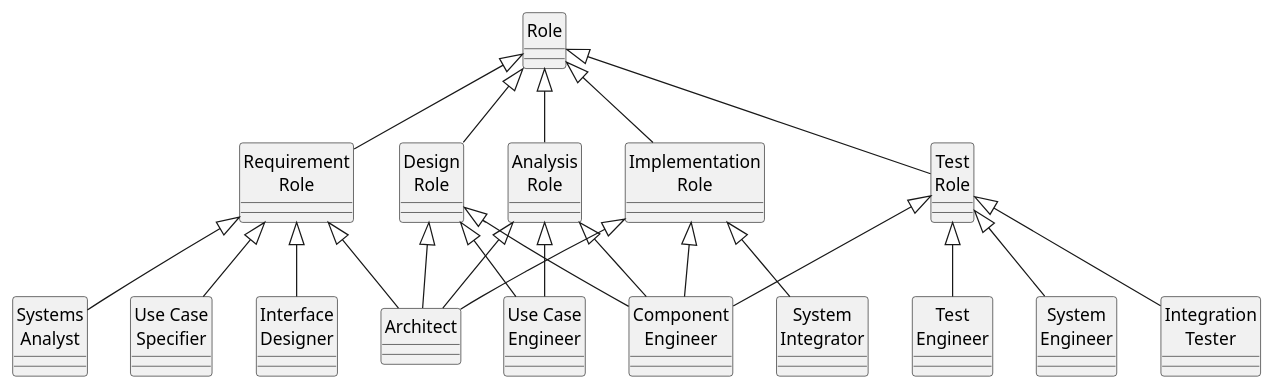
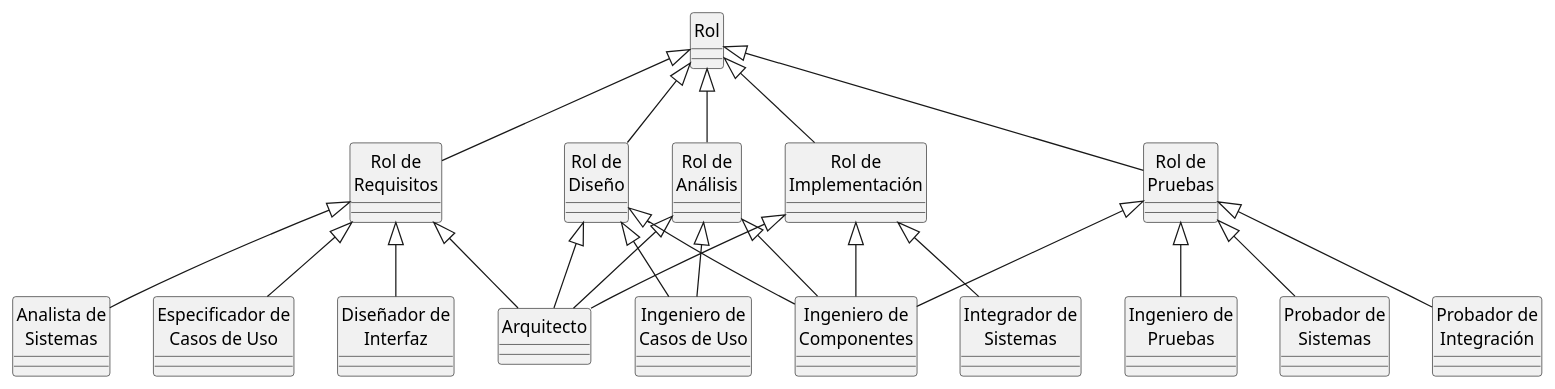
The diagram in modelosUML/RUProles.puml (mmasias/IdSw1), drawn with PlantUML before and after one commit. The commit also changed 9 other files, not shown here.

```diff
--- a/modelosUML/RUProles.puml
+++ b/modelosUML/RUProles.puml
@@ -1,50 +1,50 @@
 ' Autor: Prof. Luis Fernandez
 
 hide circle
 hide stereotype
 
-class Role
-class RequirementRole as "Requirement\nRole" <<requirement>>
-class AnalysisRole as "Analysis\nRole" <<analysis>>
-class DesignRole as "Design\nRole" <<design>>
-class ImplementRole as "Implementation\nRole" <<implementation>>
-class TestRole as "Test\nRole" <<test>>
+class Rol as "Rol"
+class RolRequisitos as "Rol de\nRequisitos"
+class RolAnalisis as "Rol de\nAnálisis"
+class RolDiseño as "Rol de\nDiseño"
+class RolImplementacion as "Rol de\nImplementación"
+class RolPruebas as "Rol de\nPruebas"
 
-class SystemsAnalyst as "Systems\nAnalyst" <<requirement>>
-class UseCaseSpecifier as "Use Case\nSpecifier" <<requirement>>
-class InterfaceDesigner as "Interface\nDesigner" <<requirement>>
-class UseCaseEngineer as "Use Case\nEngineer" <<several>>
-class Architect <<several>>
-class ComponentEngineer as "Component\nEngineer" <<several>>
-class SystemIntegrator as "System\nIntegrator" <<implementation>>
-class TestEngineer as "Test\nEngineer" <<test>>
-class SystemTester as "System\nEngineer" <<test>>
-class IntegrationTester as "Integration\nTester" <<test>>
+class AnalistaSistemas as "Analista de\nSistemas"
+class EspecificadorCasosUso as "Especificador de\nCasos de Uso"
+class DiseñadorInterfaz as "Diseñador de\nInterfaz"
+class IngenieuroCasosUso as "Ingeniero de\nCasos de Uso"
+class Arquitecto
+class IngenieroComponentes as "Ingeniero de\nComponentes"
+class IntegradorSistemas as "Integrador de\nSistemas"
+class IngenieuroPruebas as "Ingeniero de\nPruebas"
+class ProbadorSistemas as "Probador de\nSistemas"
+class ProbadorIntegracion as "Probador de\nIntegración"
 
-Role <|-- RequirementRole
-Role <|-- AnalysisRole
-Role <|-- DesignRole
-Role <|-- ImplementRole
-Role <|-- TestRole
+Rol <|-- RolRequisitos
+Rol <|-- RolAnalisis
+Rol <|-- RolDiseño
+Rol <|-- RolImplementacion
+Rol <|-- RolPruebas
 
-RequirementRole <|-- SystemsAnalyst
-RequirementRole <|-- UseCaseSpecifier
-RequirementRole <|-- Architect
-RequirementRole <|-- InterfaceDesigner
+RolRequisitos <|-- AnalistaSistemas
+RolRequisitos <|-- EspecificadorCasosUso
+RolRequisitos <|-- Arquitecto
+RolRequisitos <|-- DiseñadorInterfaz
 
-AnalysisRole <|-- Architect
-AnalysisRole <|-- UseCaseEngineer
-AnalysisRole <|-- ComponentEngineer
+RolAnalisis <|-- Arquitecto
+RolAnalisis <|-- IngenieuroCasosUso
+RolAnalisis <|-- IngenieroComponentes
 
-ImplementRole <|-- Architect
-ImplementRole <|-- SystemIntegrator
-ImplementRole <|-- ComponentEngineer
+RolImplementacion <|-- Arquitecto
+RolImplementacion <|-- IntegradorSistemas
+RolImplementacion <|-- IngenieroComponentes
 
-TestRole <|-- TestEngineer
-TestRole <|-- SystemTester
-TestRole <|-- IntegrationTester
-TestRole <|-- ComponentEngineer
+RolPruebas <|-- IngenieuroPruebas
+RolPruebas <|-- ProbadorSistemas
+RolPruebas <|-- ProbadorIntegracion
+RolPruebas <|-- IngenieroComponentes
 
-DesignRole <|-- Architect
-DesignRole <|-- UseCaseEngineer
-DesignRole <|-- ComponentEngineer
+RolDiseño <|-- Arquitecto
+RolDiseño <|-- IngenieuroCasosUso
+RolDiseño <|-- IngenieroComponentes
```
